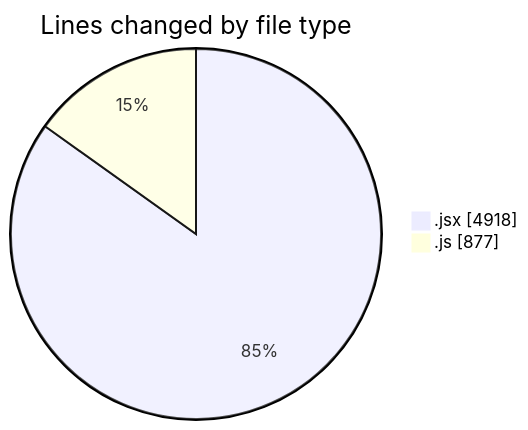
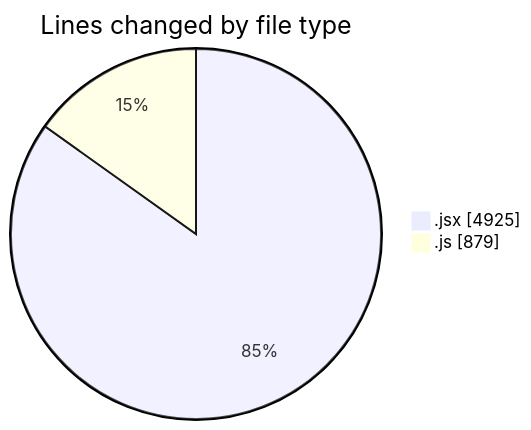
The first of 2 diagrams in 2025-07-21/nxtqube_webapp/README.md (nxtqubesakshisongat/code-tracking), drawn with Mermaid before and after one commit. The commit also changed other lines of this file and 1 other file, not shown here.

````diff
--- a/2025-07-21/nxtqube_webapp/README.md
+++ b/2025-07-21/nxtqube_webapp/README.md
@@ -28,6 +28,6 @@
 ```mermaid
 pie showData
 title Lines changed by file type
-".jsx" : 4918
-".js" : 877
+".jsx" : 4925
+".js" : 879
 ```
````
